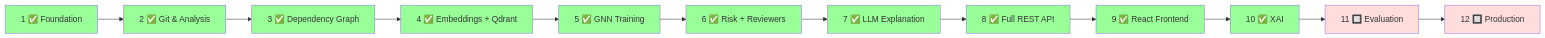
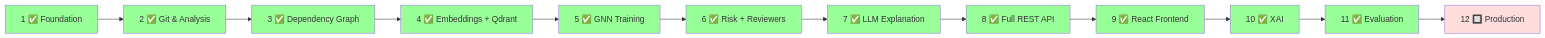
Before and after one commit to berkayvuranok/ImpactAI: diagram 16 of 16 in README.md, drawn with Mermaid. The commit also changed 23 other files, not shown here.

````diff
--- a/README.md
+++ b/README.md
@@ -472,30 +472,30 @@
 ```mermaid
 flowchart LR
     S1["1 ✅ Foundation"]
     S2["2 ✅ Git & Analysis"]
     S3["3 ✅ Dependency Graph"]
     S4["4 ✅ Embeddings + Qdrant"]
     S5["5 ✅ GNN Training"]
     S6["6 ✅ Risk + Reviewers"]
     S7["7 ✅ LLM Explanation"]
     S8["8 ✅ Full REST API"]
     S9["9 ✅ React Frontend"]
     S10["10 ✅ XAI"]
-    S11["11 🔲 Evaluation"]
+    S11["11 ✅ Evaluation"]
     S12["12 🔲 Production"]
 
     S1 --> S2 --> S3 --> S4 --> S5 --> S6 --> S7 --> S8 --> S9 --> S10 --> S11 --> S12
 
     style S1 fill:#9f9
     style S2 fill:#9f9
     style S3 fill:#9f9
     style S4 fill:#9f9
     style S5 fill:#9f9
     style S6 fill:#9f9
     style S7 fill:#9f9
     style S8 fill:#9f9
     style S9 fill:#9f9
     style S10 fill:#9f9
-    style S11 fill:#fdd
+    style S11 fill:#9f9
     style S12 fill:#fdd
 ```
````
